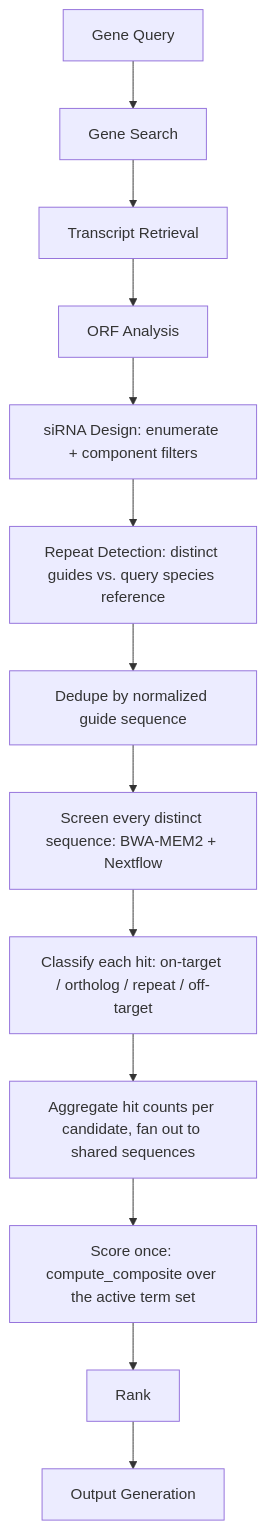
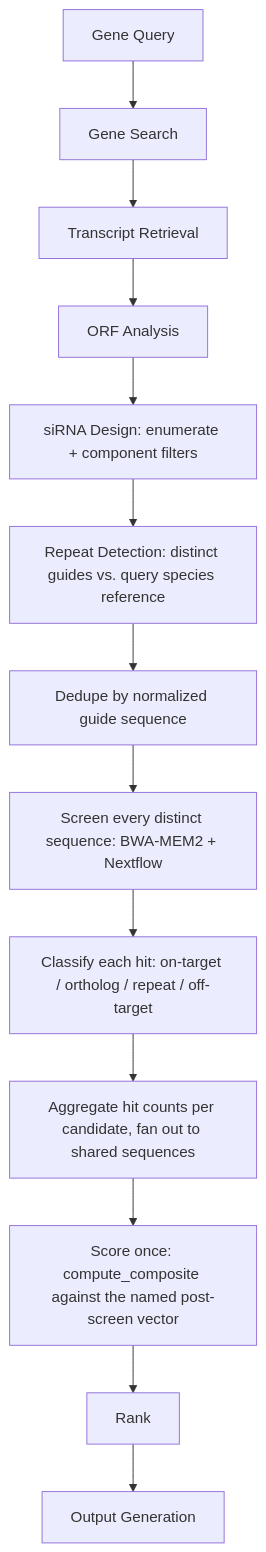
Before and after one commit to Austin-s-h/sirnaforge: the first of 2 diagrams in docs/developer/architecture.md, drawn with Mermaid. The commit also changed other lines of this file and 3 other files, not shown here.

````diff
--- a/docs/developer/architecture.md
+++ b/docs/developer/architecture.md
@@ -600,15 +603,15 @@
 ```{mermaid}
 graph TD
     A[Gene Query] --> B[Gene Search]
     B --> C[Transcript Retrieval]
     C --> D[ORF Analysis]
     D --> E[siRNA Design: enumerate + component filters]
     E --> F[Repeat Detection: distinct guides vs. query species reference]
     F --> G[Dedupe by normalized guide sequence]
     G --> H[Screen every distinct sequence: BWA-MEM2 + Nextflow]
     H --> I[Classify each hit: on-target / ortholog / repeat / off-target]
     I --> J[Aggregate hit counts per candidate, fan out to shared sequences]
-    J --> K[Score once: compute_composite over the active term set]
+    J --> K[Score once: compute_composite against the named post-screen vector]
     K --> L[Rank]
     L --> M[Output Generation]
 ```
````
